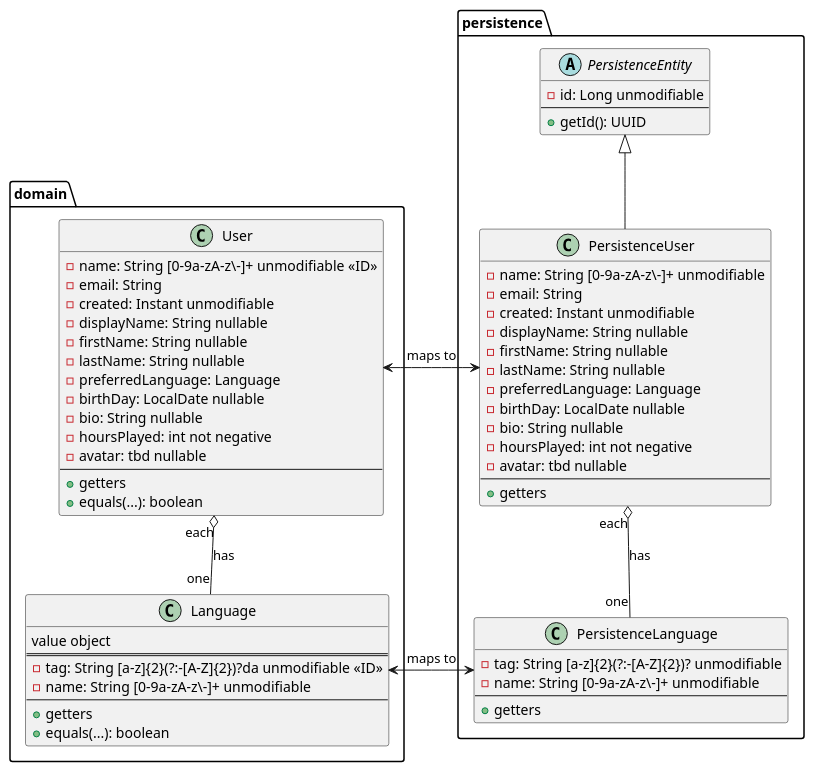
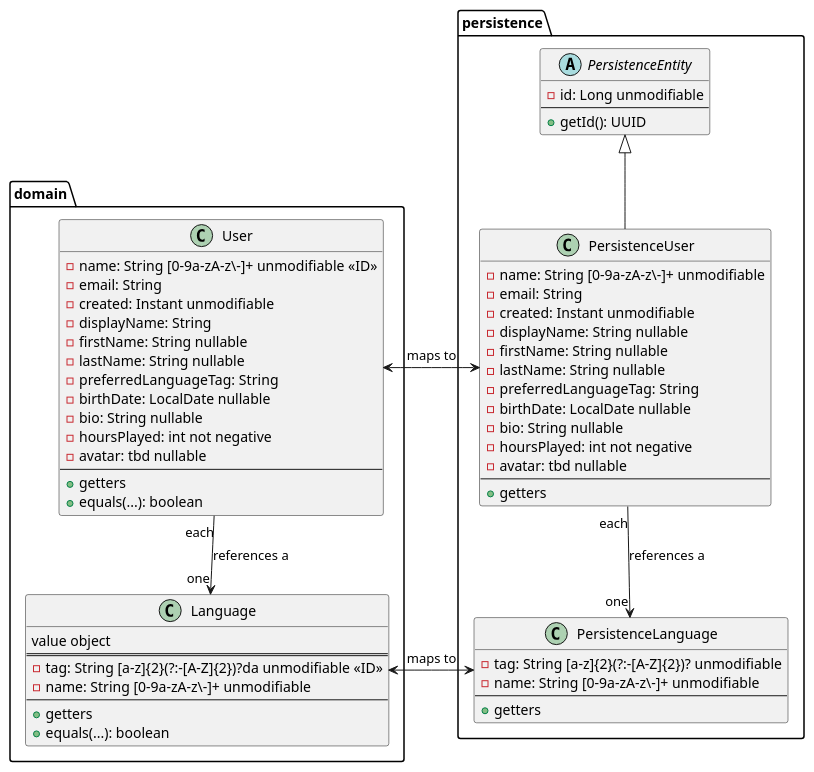
The diagram in doc/datamodel/figures/UML.puml (turing85/untitled-rpg-webapp), drawn with PlantUML before and after one commit. The commit also changed 44 other files, not shown here.

First line of the commit message:
#RPG-3 Implementation of user- and language REST service:

```diff
--- a/doc/datamodel/figures/UML.puml
+++ b/doc/datamodel/figures/UML.puml
@@ -1,74 +1,74 @@
 @startuml
 
 package domain {
 
     class User {
         {field} - name: String [0-9a-zA-z\-]+ unmodifiable <<ID>>
         {field} - email: String
         {field} - created: Instant unmodifiable
-        {field} - displayName: String nullable
+        {field} - displayName: String
         {field} - firstName: String nullable
         {field} - lastName: String nullable
-        {field} - preferredLanguage: Language
-        {field} - birthDay: LocalDate nullable
+        {field} - preferredLanguageTag: String
+        {field} - birthDate: LocalDate nullable
         {field} - bio: String nullable
         {field} - hoursPlayed: int not negative
         {field} - avatar: tbd nullable
         --
         {method}+ getters
         {method}+ equals(...): boolean
     }
 
     class Language {
         value object
         ==
         {field} - tag: String [a-z]{2}(?:-[A-Z]{2})?da unmodifiable <<ID>>
         {field} - name: String [0-9a-zA-z\-]+ unmodifiable
         --
         {method} + getters
         {method} + equals(...): boolean
     }
 }
 
 package persistence {
 
     abstract class PersistenceEntity {
         {field} - id: Long unmodifiable
         --
         {method} + getId(): UUID
     }
 
     class PersistenceUser {
         {field} - name: String [0-9a-zA-z\-]+ unmodifiable
         {field} - email: String
         {field} - created: Instant unmodifiable
         {field} - displayName: String nullable
         {field} - firstName: String nullable
         {field} - lastName: String nullable
-        {field} - preferredLanguage: Language
-        {field} - birthDay: LocalDate nullable
+        {field} - preferredLanguageTag: String
+        {field} - birthDate: LocalDate nullable
         {field} - bio: String nullable
         {field} - hoursPlayed: int not negative
         {field} - avatar: tbd nullable
         --
         {method}+ getters
     }
 
     class PersistenceLanguage {
         {field} - tag: String [a-z]{2}(?:-[A-Z]{2})? unmodifiable
         {field} - name: String [0-9a-zA-z\-]+ unmodifiable
         --
         {method} + getters
     }
 
 }
 
-User "each" o-down- "one" Language:  has
+User "each" --> "one" Language:  references a
 
 PersistenceEntity <|-- PersistenceUser
-PersistenceUser "each" o-- "one" PersistenceLanguage: has
+PersistenceUser "each" --> "one" PersistenceLanguage: references a
 
 PersistenceUser <-left-> User: maps to
 PersistenceLanguage <-left-> Language: maps to
 
 @enduml
```
